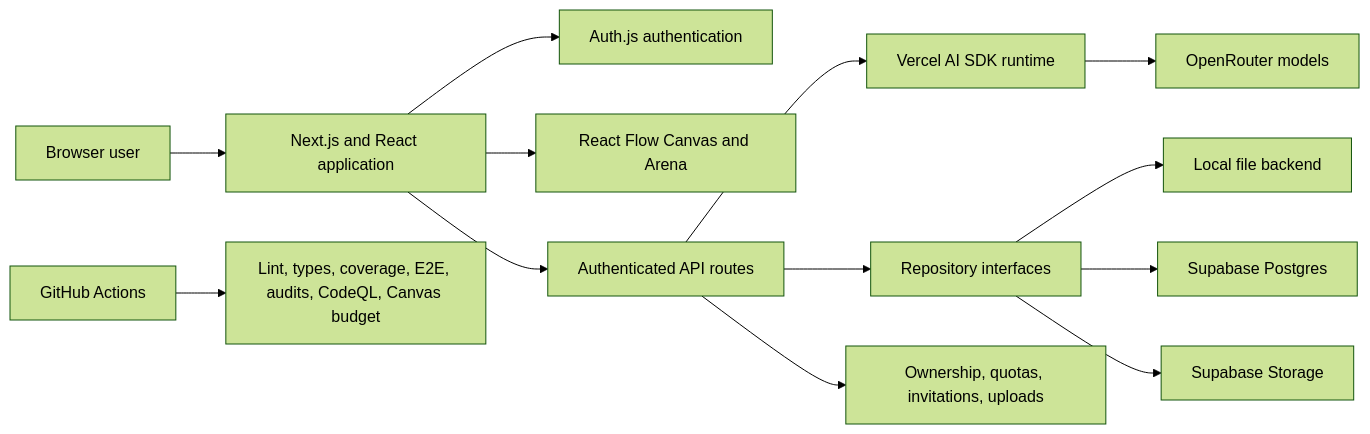
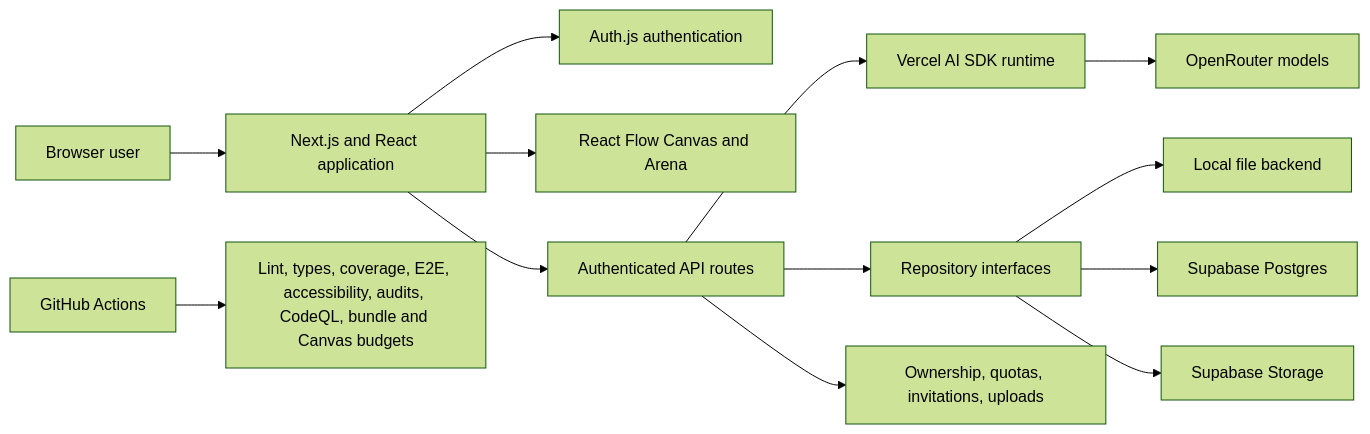
The diagram in README.md (Daedu86/Nodes-AI-Canvas), drawn with Mermaid (forest theme) before and after one commit. The commit also changed other lines of this file, not shown here.

Commit message:
docs: align README quality and onboarding status [skip vercel]

````diff
--- a/README.md
+++ b/README.md
@@ -187,15 +188,15 @@
 ```mermaid
 flowchart LR
   User[Browser user] --> App[Next.js and React application]
   App --> Auth[Auth.js authentication]
   App --> Canvas[React Flow Canvas and Arena]
   App --> API[Authenticated API routes]
   API --> AIRuntime[Vercel AI SDK runtime]
   AIRuntime --> OpenRouter[OpenRouter models]
   API --> Repositories[Repository interfaces]
   Repositories --> FileStore[Local file backend]
   Repositories --> SupabaseDB[Supabase Postgres]
   Repositories --> SupabaseStorage[Supabase Storage]
   API --> Guards[Ownership, quotas, invitations, uploads]
-  CI[GitHub Actions] --> Quality[Lint, types, coverage, E2E, audits, CodeQL, Canvas budget]
+  CI[GitHub Actions] --> Quality[Lint, types, coverage, E2E, accessibility, audits, CodeQL, bundle and Canvas budgets]
 ```
````
